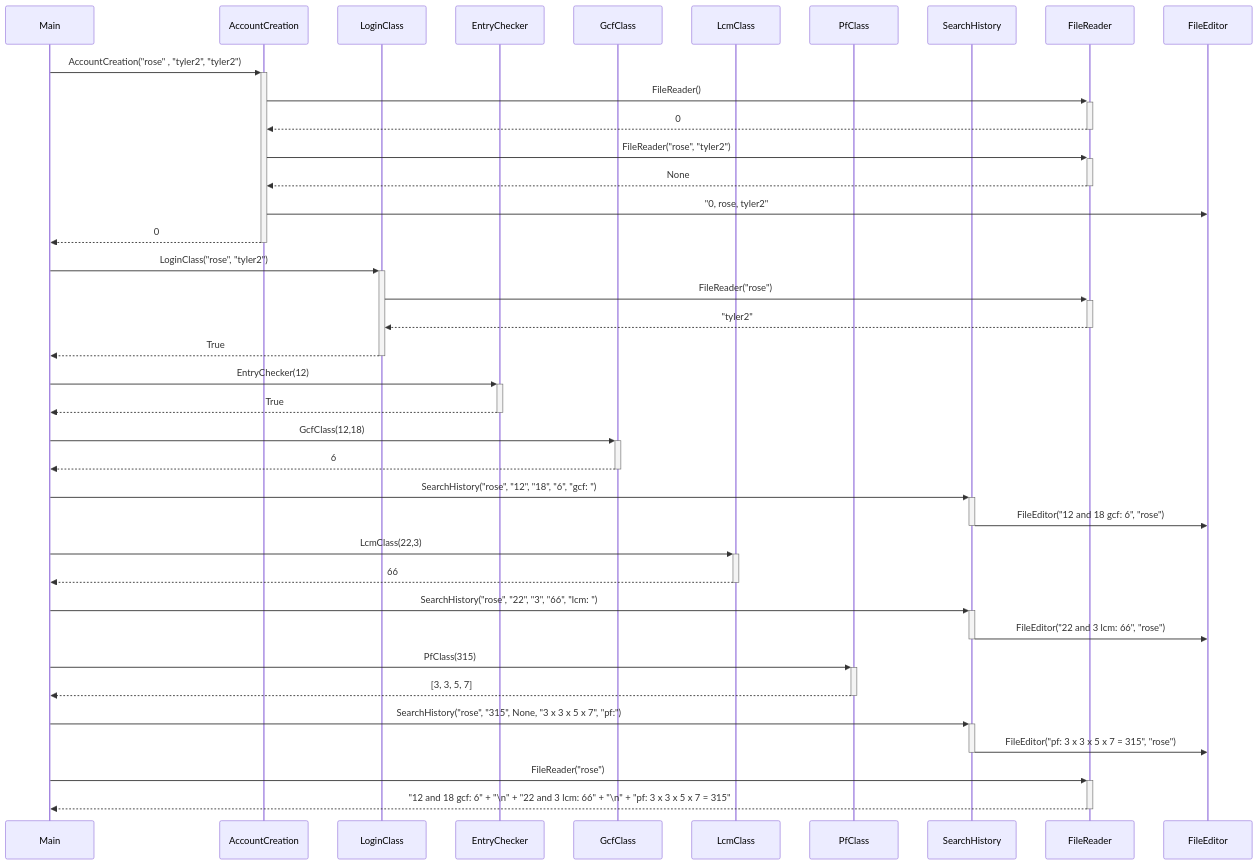
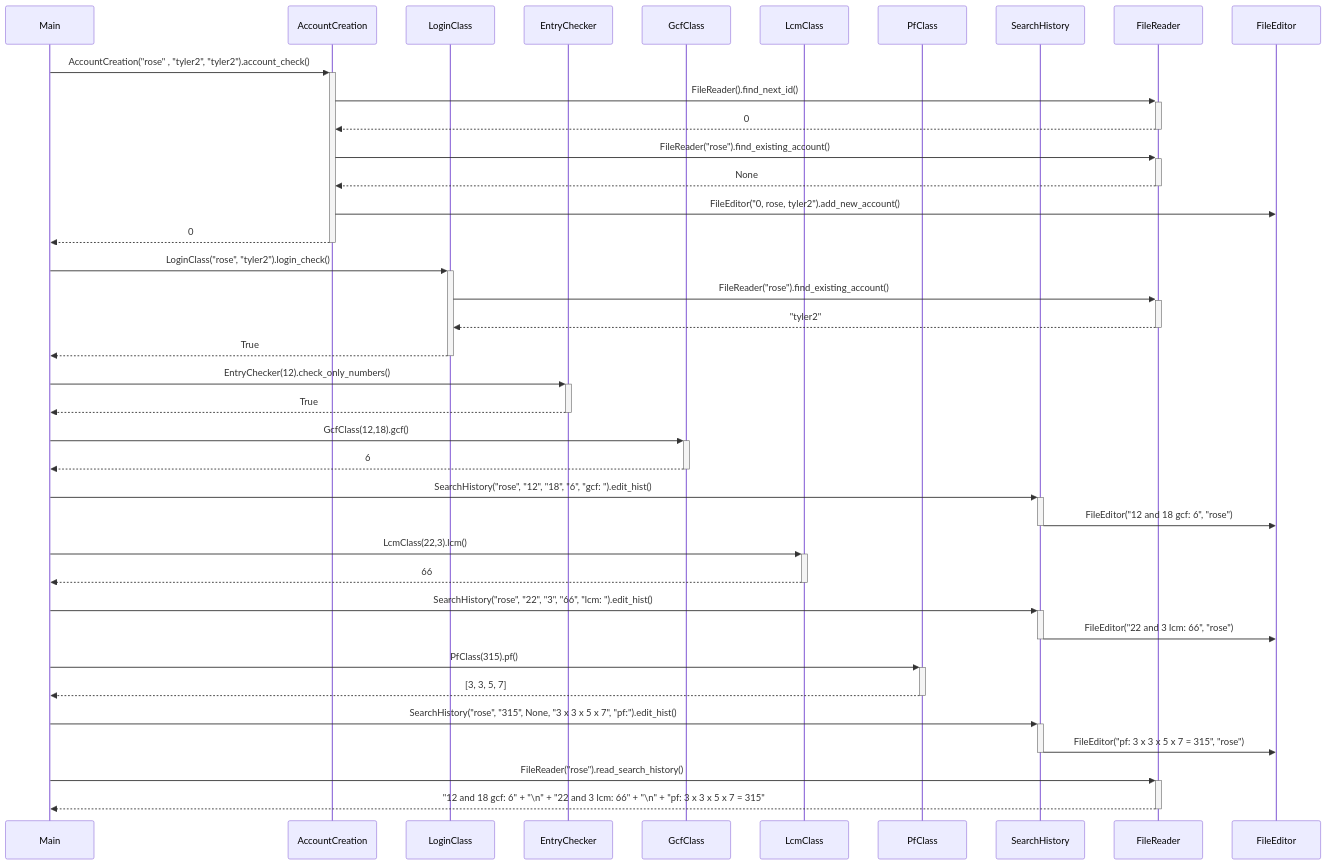
Before and after one commit to SouperSalamander/ot-harjoitustyo: the second of 2 diagrams in dokumentaatio/arkkitehtuuri.md, drawn with Mermaid. The commit also changed other lines of this file, not shown here.

````diff
--- a/dokumentaatio/arkkitehtuuri.md
+++ b/dokumentaatio/arkkitehtuuri.md
@@ -73,51 +73,51 @@
 ```mermaid
 sequenceDiagram
   participant Main
   participant AccountCreation
   participant LoginClass
   participant EntryChecker
   participant GcfClass
   participant LcmClass
   participant PfClass
   participant SearchHistory
   participant FileReader
   participant FileEditor
 
-  Main->>+AccountCreation: AccountCreation("rose" , "tyler2", "tyler2")
-  AccountCreation->>+FileReader: FileReader()
+  Main->>+AccountCreation: AccountCreation("rose" , "tyler2", "tyler2").account_check()
+  AccountCreation->>+FileReader: FileReader().find_next_id()
   FileReader-->>-AccountCreation: 0
-  AccountCreation->>+FileReader: FileReader("rose", "tyler2")
+  AccountCreation->>+FileReader: FileReader("rose").find_existing_account()
   FileReader-->>-AccountCreation: None
-  AccountCreation->>FileEditor: "0, rose, tyler2"
+  AccountCreation->>FileEditor: FileEditor("0, rose, tyler2").add_new_account()
   AccountCreation-->>-Main: 0
 
-  Main->>+LoginClass: LoginClass("rose", "tyler2")
-  LoginClass->>+FileReader: FileReader("rose")
+  Main->>+LoginClass: LoginClass("rose", "tyler2").login_check()
+  LoginClass->>+FileReader: FileReader("rose").find_existing_account()
   FileReader-->>-LoginClass: "tyler2"
   LoginClass-->>-Main: True
 
-  Main->>+EntryChecker: EntryChecker(12)
+  Main->>+EntryChecker: EntryChecker(12).check_only_numbers()
   EntryChecker-->>-Main: True
 
-  Main->>+GcfClass: GcfClass(12,18)
+  Main->>+GcfClass: GcfClass(12,18).gcf()
   GcfClass -->>-Main: 6
 
-  Main->>+SearchHistory: SearchHistory("rose", "12", "18", "6", "gcf: ")
+  Main->>+SearchHistory: SearchHistory("rose", "12", "18", "6", "gcf: ").edit_hist()
   SearchHistory->>-FileEditor: FileEditor("12 and 18 gcf: 6", "rose")
 
-  Main->>+LcmClass: LcmClass(22,3)
+  Main->>+LcmClass: LcmClass(22,3).lcm()
   LcmClass -->>-Main: 66
 
-  Main->>+SearchHistory: SearchHistory("rose", "22", "3", "66", "lcm: ")
+  Main->>+SearchHistory: SearchHistory("rose", "22", "3", "66", "lcm: ").edit_hist()
   SearchHistory->>-FileEditor: FileEditor("22 and 3 lcm: 66", "rose")
 
-  Main->>+PfClass: PfClass(315)
+  Main->>+PfClass: PfClass(315).pf()
   PfClass -->>-Main: [3, 3, 5, 7]
 
-  Main->>+SearchHistory: SearchHistory("rose", "315", None, "3 x 3 x 5 x 7", "pf:")
+  Main->>+SearchHistory: SearchHistory("rose", "315", None, "3 x 3 x 5 x 7", "pf:").edit_hist()
   SearchHistory->>-FileEditor: FileEditor("pf: 3 x 3 x 5 x 7 = 315", "rose")
 
-  Main->>+FileReader: FileReader("rose")
+  Main->>+FileReader: FileReader("rose").read_search_history()
   FileReader-->>-Main: "12 and 18 gcf: 6" + "\n" +  "22 and 3 lcm: 66" + "\n" + "pf: 3 x 3 x 5 x 7 = 315"
 
 ```
````
